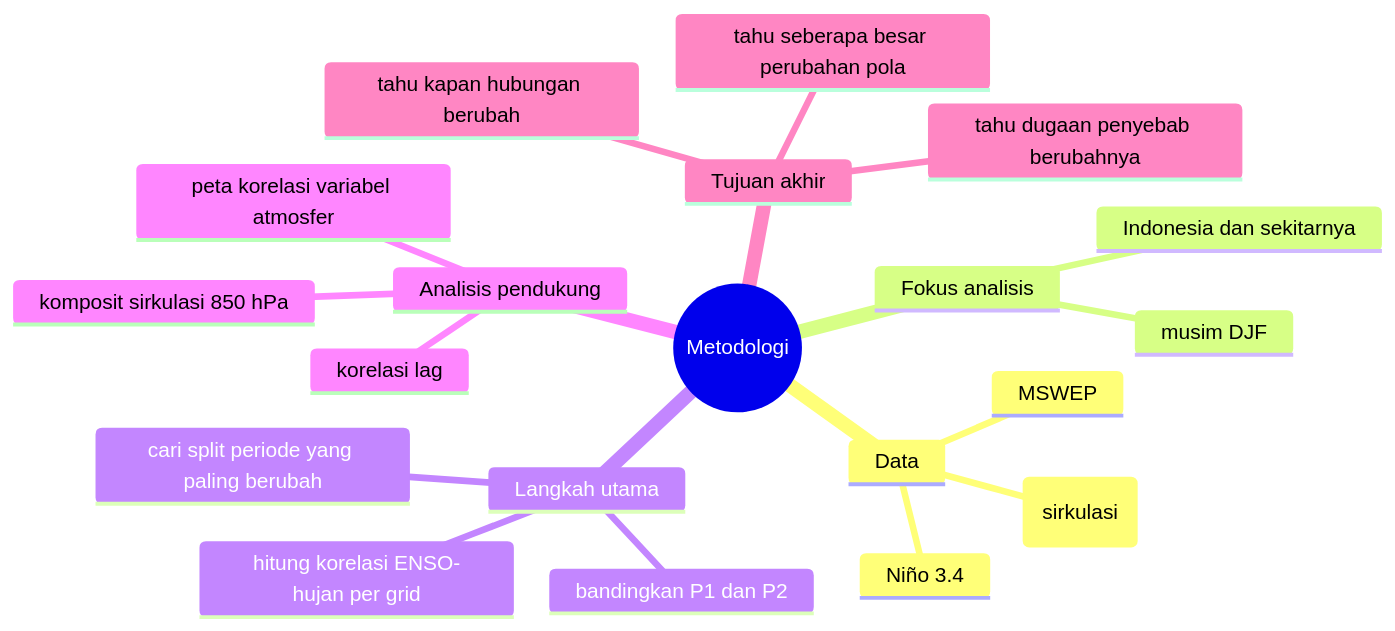
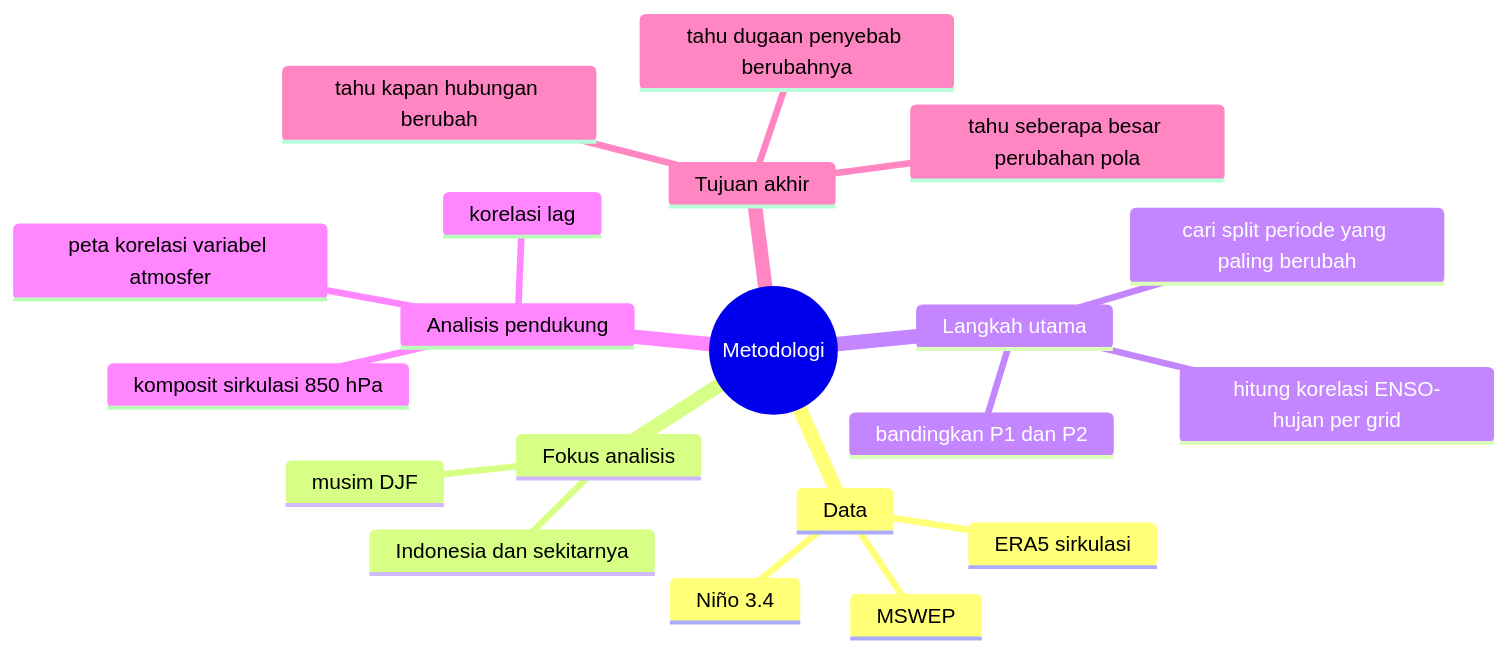
Before and after one commit to rizmaprawira/tugas-akhir-rizma: the diagram in 0_mindmap/metodologi_v2.mmd, drawn with Mermaid. The commit also changed 2 other files, not shown here.

```diff
--- a/0_mindmap/metodologi_v2.mmd
+++ b/0_mindmap/metodologi_v2.mmd
@@ -1,21 +1,21 @@
 mindmap
   root((Metodologi))
     Data
       MSWEP
       Niño 3.4
-      ERA5 (sirkulasi)
+      ERA5 sirkulasi
     Fokus analisis
       musim DJF
       Indonesia dan sekitarnya
     Langkah utama
       hitung korelasi ENSO-hujan per grid
       cari split periode yang paling berubah
       bandingkan P1 dan P2
     Analisis pendukung
       korelasi lag
       peta korelasi variabel atmosfer
       komposit sirkulasi 850 hPa
     Tujuan akhir
       tahu kapan hubungan berubah
       tahu seberapa besar perubahan pola
       tahu dugaan penyebab berubahnya
```
